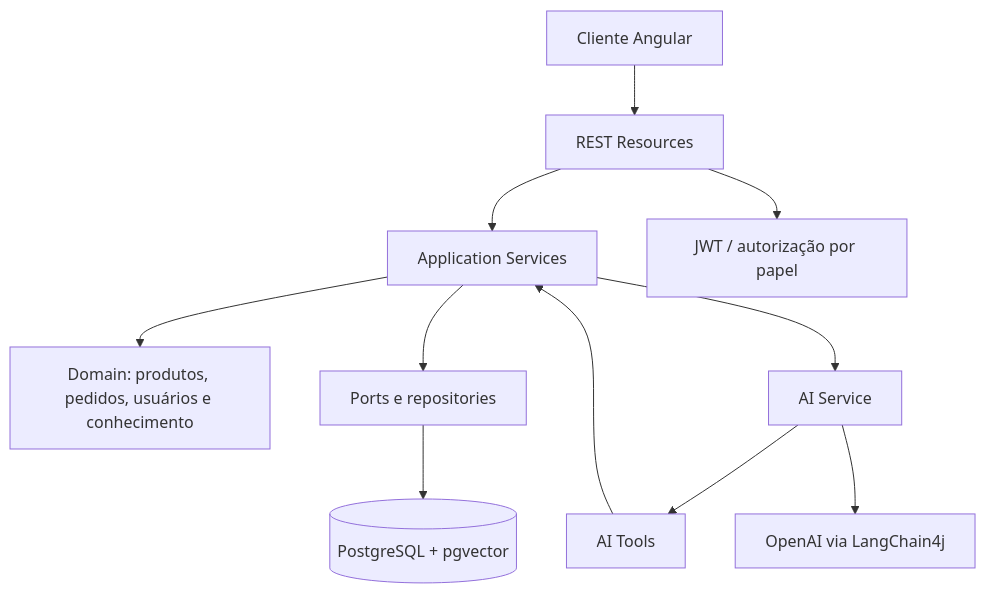
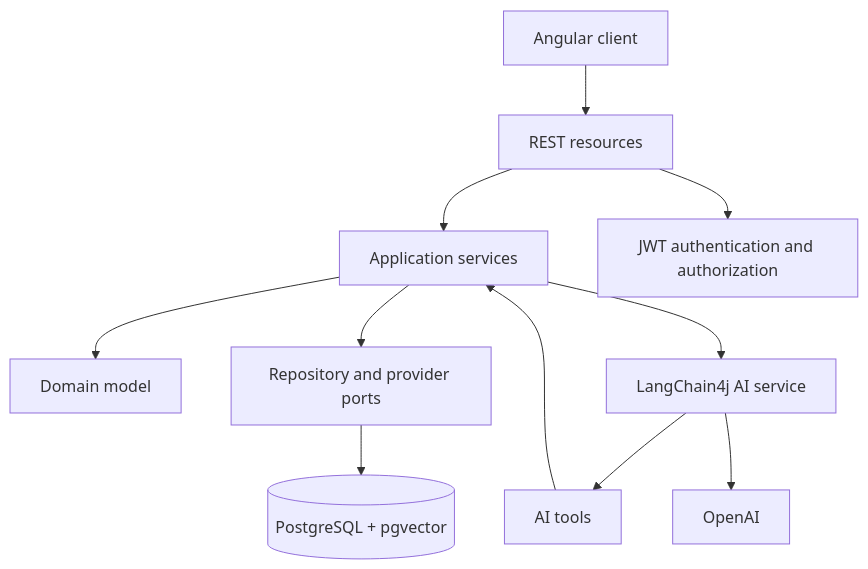
One commit to Ivictors/ai-ecommerce-assistant changed the diagram in README.md. Above: the diagram before and after it, drawn with Mermaid. The commit also changed other lines of this file and 3 other files, not shown here.

````diff
--- a/README.md
+++ b/README.md
@@ -29,13 +23,13 @@
 ```mermaid
 flowchart TD
-    U[Cliente Angular] --> R[REST Resources]
-    R --> A[Application Services]
-    A --> D[Domain: produtos, pedidos, usuários e conhecimento]
-    A --> P[Ports e repositories]
+    U[Angular client] --> R[REST resources]
+    R --> A[Application services]
+    A --> D[Domain model]
+    A --> P[Repository and provider ports]
     P --> DB[(PostgreSQL + pgvector)]
-    R --> AUTH[JWT / autorização por papel]
-    A --> AI[AI Service]
-    AI --> T[AI Tools]
+    R --> S[JWT authentication and authorization]
+    A --> AI[LangChain4j AI service]
+    AI --> T[AI tools]
     T --> A
-    AI --> O[OpenAI via LangChain4j]
+    AI --> O[OpenAI]
 ```
````
